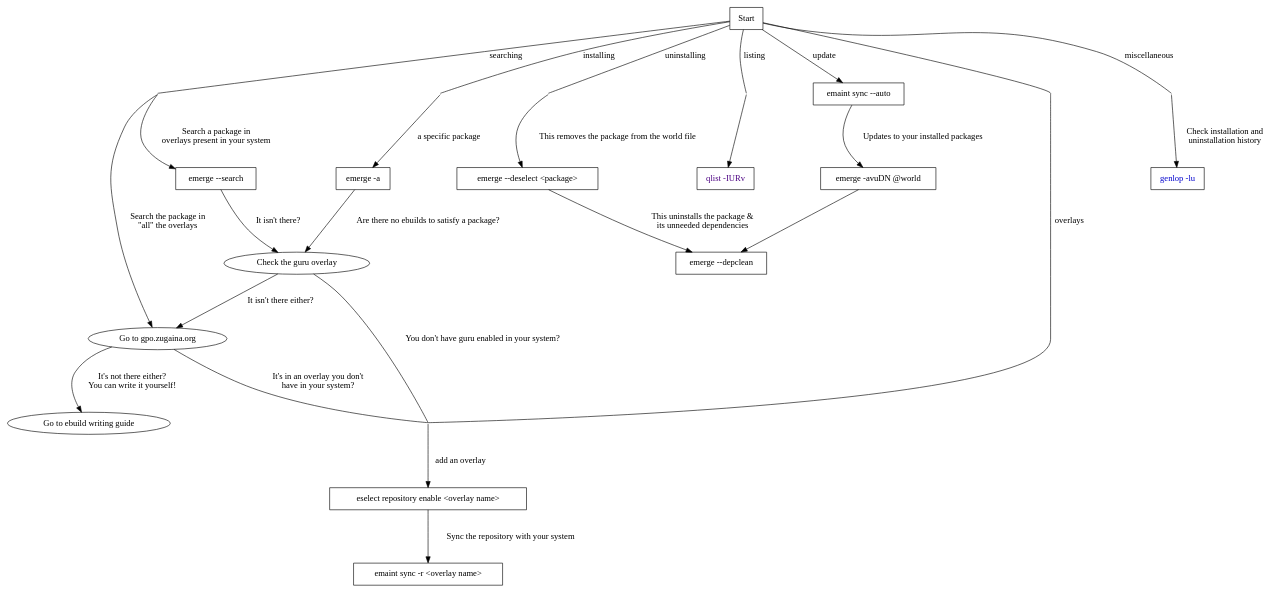
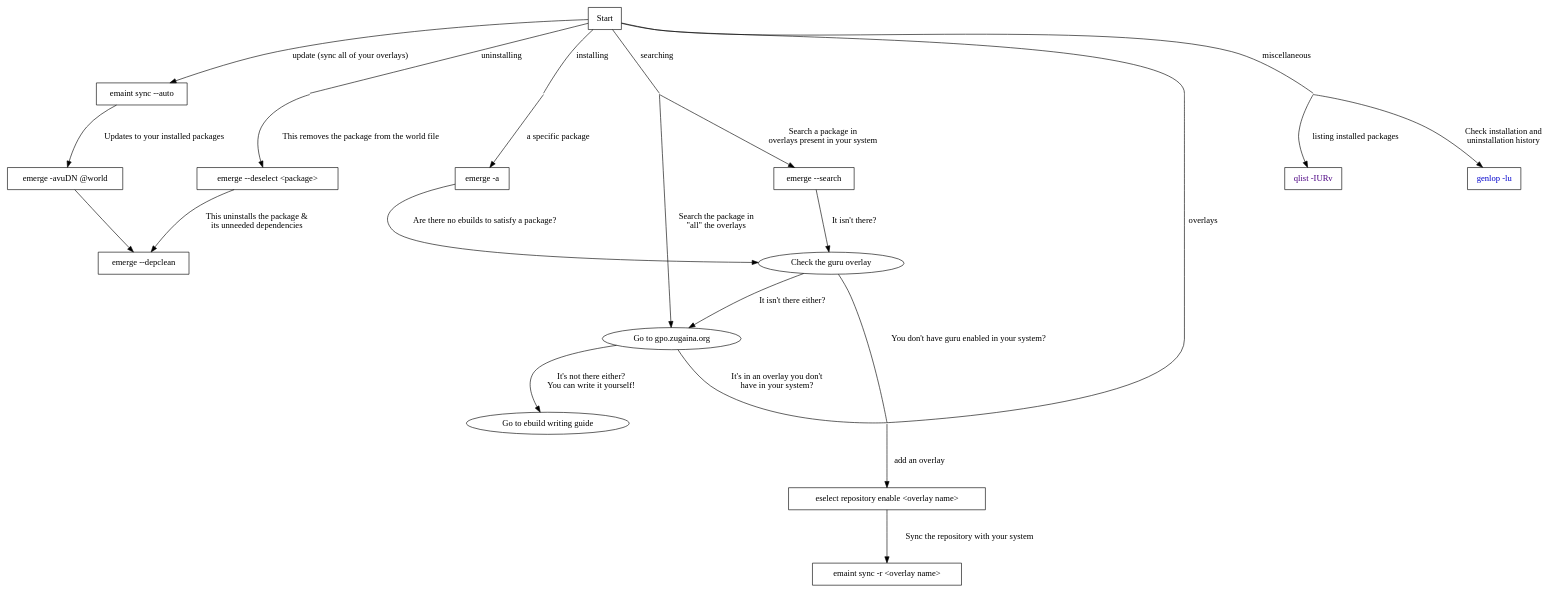
Before and after one commit to lima-limon-inc/gentoo-tools-cheat-sheet: the diagram in cheat-sheet.gv, drawn with Graphviz. The commit also changed 3 other files, not shown here.

```diff
--- a/cheat-sheet.gv
+++ b/cheat-sheet.gv
@@ -1,89 +1,90 @@
 digraph cheat_sheet {
   // node define
   node [
   shape = box
   ];
 
   graph [
   layout = dot,
   nodesep = 1.5,
   ranksep = 1.0,
   normalize = false,
   root=start
   ];
 
   edge [
     style = solid,
     fontsize = 14,
     labeldistance = 2.5,
     labelangle = 70
   ];
 
 
   start [label="Start"]
   emergeAsk [label="emerge -a"]
   emergeUpdate [label="emerge -avuDN @world"]
   emergeSearch [label="emerge --search"]
   gpoZugaina [label="Go to gpo.zugaina.org", shape=ellipse, URL="https://graphviz.org/docs/nodes/"]
   eselectRepo [label="eselect repository enable <overlay name>"]
   emaintSync [label="emaint sync -r <overlay name>"]
   emaintSyncAll [label="emaint sync --auto"]
   ebuildWriting [label="Go to ebuild writing guide", shape=ellipse URL="https://devmanual.gentoo.org/ebuild-writing/index.html"]
   qlist [label="qlist -IURv", fontcolor=indigo]
   emergeDeselect [label="emerge --deselect <package>"]
   emergeDepclean [label="emerge --depclean"]
   guru [label="Check the guru overlay", shape=ellipse, URL="https://gitweb.gentoo.org/repo/proj/guru.git/tree/"]
   genlop [label="genlop -lu", fontcolor=blue3]
 
 
   // Nodes used for demarking options
   joint1 [shape="none", label="", width=0, height=0]
   joint2 [shape="none", label="", width=0, height=0]
   joint3 [shape="none", label="", width=0, height=0]
   joint4 [shape="none", label="", width=0, height=0]
   joint5 [shape="none", label="", width=0, height=0]
   joint6 [shape="none", label="", width=0, height=0]
   joint7 [shape="none", label="", width=0, height=0]
   joint8 [shape="none", label="", width=0, height=0]
   joint9 [shape="none", label="", width=0, height=0]
   joint10 [shape="none", label="", width=0, height=0]
   joint11 [shape="none", label="", width=0, height=0]
 
 
 
   start -> joint3 [dir=none, label="installing"]
   joint3 -> emergeAsk [label="a specific package"]
   emergeAsk -> guru [label="Are there no ebuilds to satisfy a package?"]
 
   start -> joint2 [label="searching", dir=none]
   joint2 -> emergeSearch [label="Search a package in \n overlays present in your system"]
   joint2 -> gpoZugaina [label="Search the package in \n \"all\" the overlays"]
   guru -> joint5 [label="You don't have guru enabled in your system?", dir=none]
   emergeSearch -> guru [label="It isn't there?"]
   guru -> gpoZugaina [label="It isn't there either?"]
   gpoZugaina -> joint5 [label="It's in an overlay you don't \n have in your system?", dir=none]
   eselectRepo -> emaintSync [label="Sync the repository with your system"]
   gpoZugaina -> ebuildWriting [label="It's not there either? \n You can write it yourself!"]
 
-  start -> joint4[label="listing", dir=none]
-  joint4 -> qlist
 
   start -> joint5[label="overlays", dir=none]
   joint5 -> eselectRepo [label="add an overlay"]
 
   start -> joint6[label="uninstalling", dir=none]
   joint6 -> emergeDeselect[label="This removes the package from the world file"]
   emergeDeselect -> emergeDepclean[label="This uninstalls the package & \n its unneeded dependencies"]
 
-  start -> joint7 [label="miscellaneous",dir=none]
-  joint7 -> genlop [label="Check installation and \n uninstallation history"]
+  start -> joint4 [label="miscellaneous",dir=none]
+  joint4 -> genlop [label="Check installation and \n uninstallation history"]
+  joint4 -> qlist[label="listing installed packages"]
 
-  start -> emaintSyncAll [label="update"]
+  //joint4 -> qlist
+
+  start -> emaintSyncAll [label="update (sync all of your overlays)"]
   emaintSyncAll -> emergeUpdate [label="Updates to your installed packages"]
   emergeUpdate -> emergeDepclean
 
   //joint3 -> emergeUpdate 
 
 
 
 }
```
